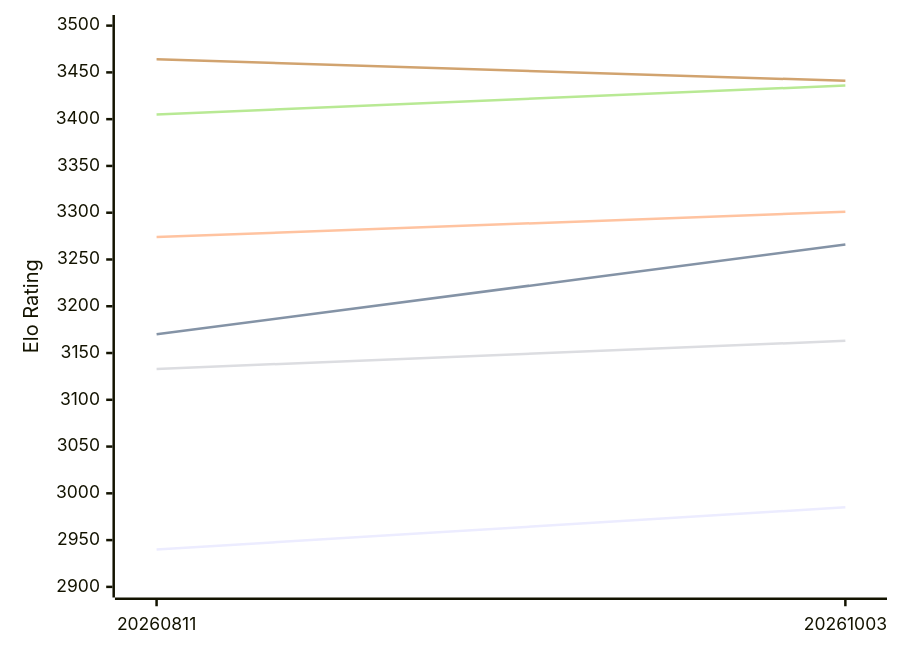
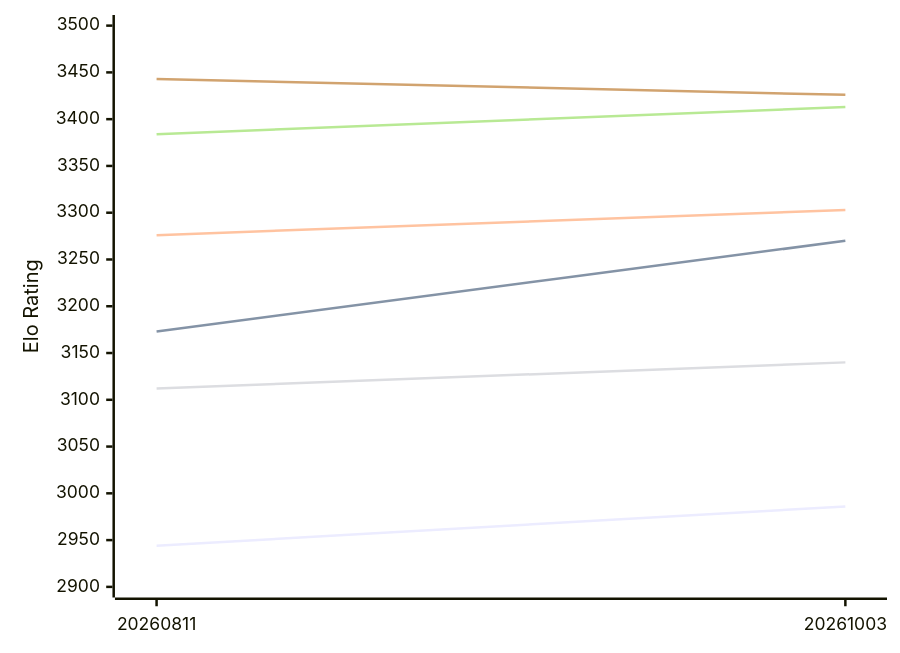
The first of 2 diagrams in engines/Askaig.md (computer-chess-index/cci), drawn with Mermaid before and after one commit. The commit also changed other lines of this file, not shown here.

Commit message:
Update CCI Ratings (ELO VLTC) - 2026-10-18

````diff
--- a/engines/Askaig.md
+++ b/engines/Askaig.md
@@ -52,12 +52,12 @@
 ```mermaid
 %%{init: {"theme":"base","themeVariables":{"seriesColors:['#a3a3a3','#222221','#faa371']}}}%%
 xychart-beta
   x-axis ["20260811", "20261003"]
   y-axis "Elo Rating" 2900 --> 3500
-  line "E1: STC (8.0+0.08s)" [2940, 2985]
-  line "E1: LTC (60.0+0.60s)" [3170, 3266]
-  line "E1: VLTC (2m24s+1.12s)" [3274, 3301]
-  line "P1: STC (8.0+0.08s)" [3133, 3163]
-  line "P1: LTC (60.0+0.60s)" [3405, 3436]
-  line "P1: VLTC (2m24s+1.12s)" [3464, 3441]
+  line "E1: STC (8.0+0.08s)" [2944, 2986]
+  line "E1: LTC (60.0+0.60s)" [3173, 3270]
+  line "E1: VLTC (2m24s+1.12s)" [3276, 3303]
+  line "P1: STC (8.0+0.08s)" [3112, 3140]
+  line "P1: LTC (60.0+0.60s)" [3384, 3413]
+  line "P1: VLTC (2m24s+1.12s)" [3443, 3426]
 ```
````
